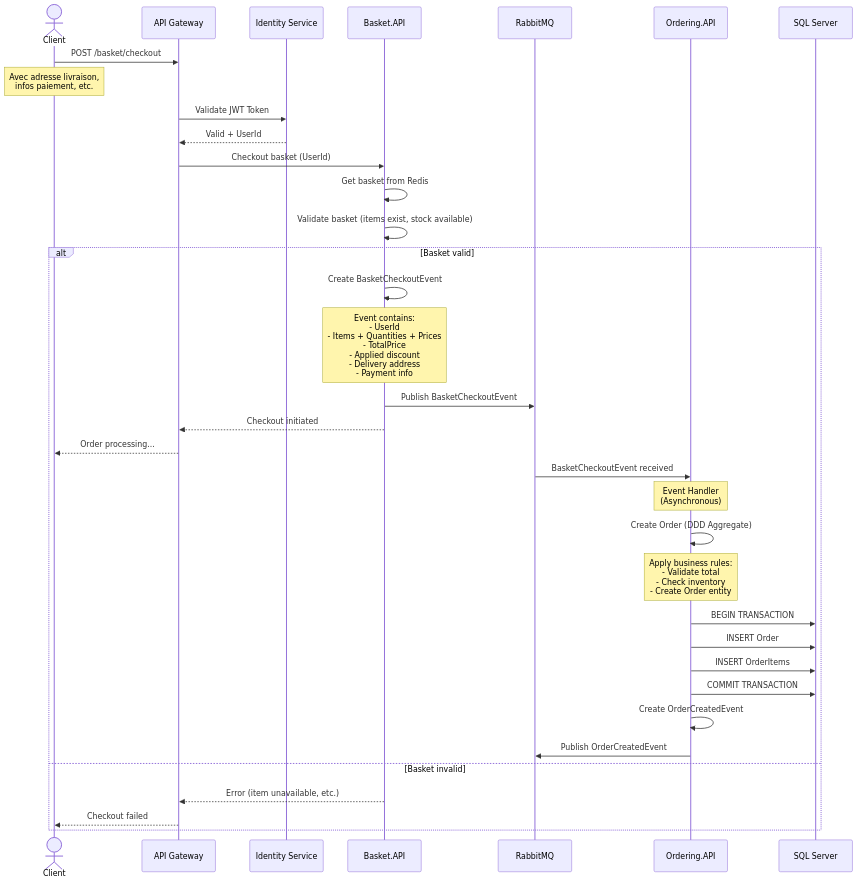
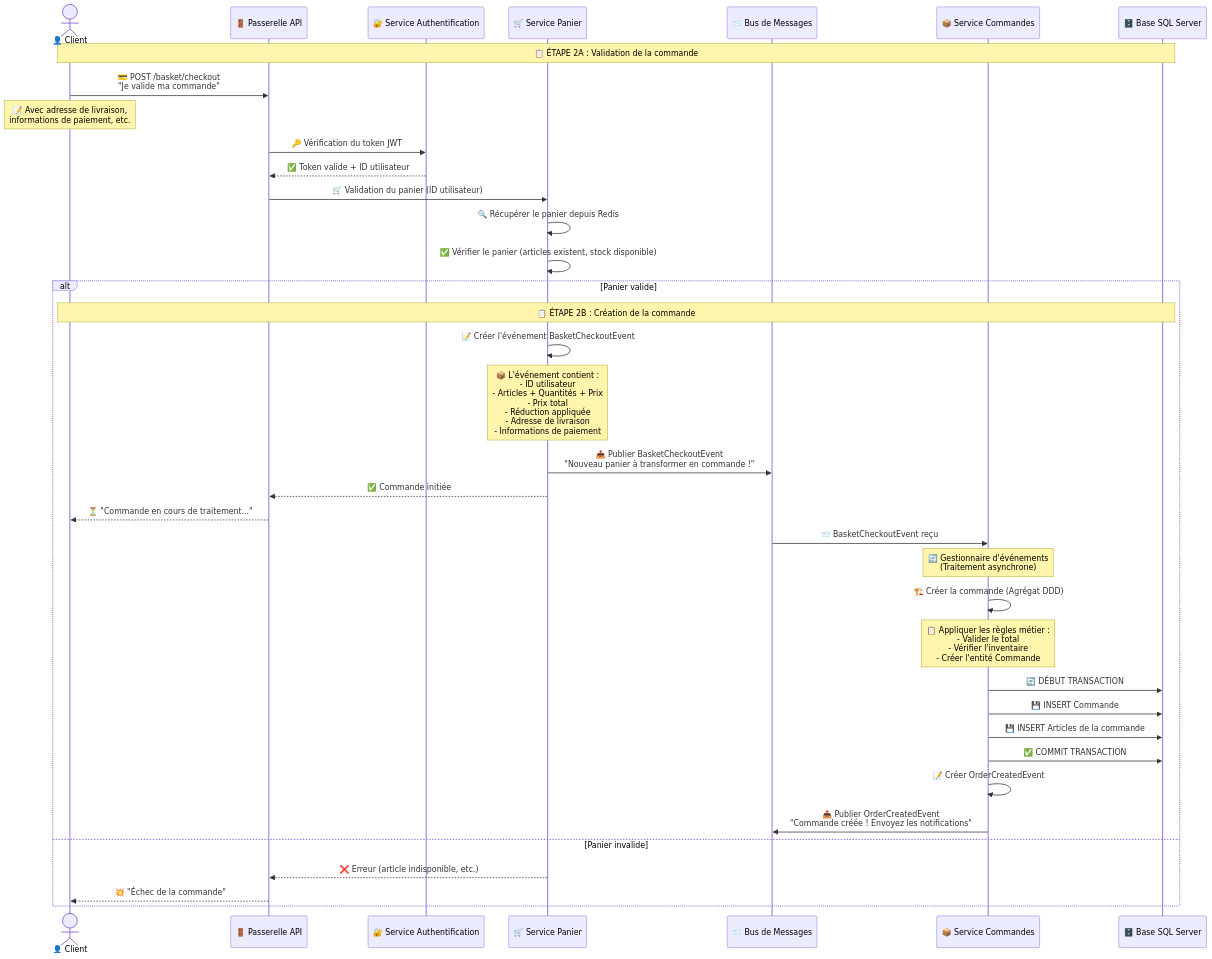
Before and after one commit to thomasperge/tp_kake: the second of 3 diagrams in uml-diagrams/03-sequence-diagram.md, drawn with Mermaid. The commit also changed other lines of this file, not shown here.

Commit message:
Enhance sequence diagram for order processing with detailed steps and improved visual elements. Updated titles, added emojis for clarity, and refined descriptions for each stage of the order journey, including catalog consultation, cart addition, checkout, and notifications.

````diff
--- a/uml-diagrams/03-sequence-diagram.md
+++ b/uml-diagrams/03-sequence-diagram.md
@@ -62,48 +66,52 @@
 ```mermaid
 sequenceDiagram
-    actor Client
-    participant Gateway as API Gateway
-    participant Auth as Identity Service
-    participant Basket as Basket.API
-    participant RabbitMQ as RabbitMQ
-    participant Ordering as Ordering.API
-    participant DB as SQL Server
+    actor Client as 👤 Client
+    participant Gateway as 🚪 Passerelle API
+    participant Auth as 🔐 Service Authentification
+    participant Basket as 🛒 Service Panier
+    participant RabbitMQ as 📨 Bus de Messages
+    participant Ordering as 📦 Service Commandes
+    participant DB as 🗄️ Base SQL Server
     
-    Client->>Gateway: POST /basket/checkout
-    Note over Client: Avec adresse livraison,<br/>infos paiement, etc.
+    Note over Client,DB: 📋 ÉTAPE 2A : Validation de la commande
     
-    Gateway->>Auth: Validate JWT Token
-    Auth-->>Gateway: Valid + UserId
+    Client->>Gateway: 💳 POST /basket/checkout<br/>"Je valide ma commande"
+    Note over Client: 📝 Avec adresse de livraison,<br/>informations de paiement, etc.
     
-    Gateway->>Basket: Checkout basket (UserId)
-    Basket->>Basket: Get basket from Redis
-    Basket->>Basket: Validate basket (items exist, stock available)
+    Gateway->>Auth: 🔑 Vérification du token JWT
+    Auth-->>Gateway: ✅ Token valide + ID utilisateur
     
-    alt Basket valid
-        Basket->>Basket: Create BasketCheckoutEvent
-        Note over Basket: Event contains:<br/>- UserId<br/>- Items + Quantities + Prices<br/>- TotalPrice<br/>- Applied discount<br/>- Delivery address<br/>- Payment info
+    Gateway->>Basket: 🛒 Validation du panier (ID utilisateur)
+    Basket->>Basket: 🔍 Récupérer le panier depuis Redis
+    Basket->>Basket: ✅ Vérifier le panier (articles existent, stock disponible)
+    
+    alt Panier valide
+        Note over Client,DB: 📋 ÉTAPE 2B : Création de la commande
         
-        Basket->>RabbitMQ: Publish BasketCheckoutEvent
-        Basket-->>Gateway: Checkout initiated
-        Gateway-->>Client: Order processing...
+        Basket->>Basket: 📝 Créer l'événement BasketCheckoutEvent
+        Note over Basket: 📦 L'événement contient :<br/>- ID utilisateur<br/>- Articles + Quantités + Prix<br/>- Prix total<br/>- Réduction appliquée<br/>- Adresse de livraison<br/>- Informations de paiement
         
-        RabbitMQ->>Ordering: BasketCheckoutEvent received
+        Basket->>RabbitMQ: 📤 Publier BasketCheckoutEvent<br/>"Nouveau panier à transformer en commande !"
+        Basket-->>Gateway: ✅ Commande initiée
+        Gateway-->>Client: ⏳ "Commande en cours de traitement..."
         
-        Note over Ordering: Event Handler<br/>(Asynchronous)
+        RabbitMQ->>Ordering: 📨 BasketCheckoutEvent reçu
         
-        Ordering->>Ordering: Create Order (DDD Aggregate)
-        Note over Ordering: Apply business rules:<br/>- Validate total<br/>- Check inventory<br/>- Create Order entity
+        Note over Ordering: 🔄 Gestionnaire d'événements<br/>(Traitement asynchrone)
         
-        Ordering->>DB: BEGIN TRANSACTION
-        Ordering->>DB: INSERT Order
-        Ordering->>DB: INSERT OrderItems
-        Ordering->>DB: COMMIT TRANSACTION
+        Ordering->>Ordering: 🏗️ Créer la commande (Agrégat DDD)
+        Note over Ordering: 📋 Appliquer les règles métier :<br/>- Valider le total<br/>- Vérifier l'inventaire<br/>- Créer l'entité Commande
         
-        Ordering->>Ordering: Create OrderCreatedEvent
-        Ordering->>RabbitMQ: Publish OrderCreatedEvent
+        Ordering->>DB: 🔄 DÉBUT TRANSACTION
+        Ordering->>DB: 💾 INSERT Commande
+        Ordering->>DB: 💾 INSERT Articles de la commande
+        Ordering->>DB: ✅ COMMIT TRANSACTION
         
-    else Basket invalid
-        Basket-->>Gateway: Error (item unavailable, etc.)
-        Gateway-->>Client: Checkout failed
+        Ordering->>Ordering: 📝 Créer OrderCreatedEvent
+        Ordering->>RabbitMQ: 📤 Publier OrderCreatedEvent<br/>"Commande créée ! Envoyez les notifications"
+        
+    else Panier invalide
+        Basket-->>Gateway: ❌ Erreur (article indisponible, etc.)
+        Gateway-->>Client: 💥 "Échec de la commande"
     end
 ```
````
